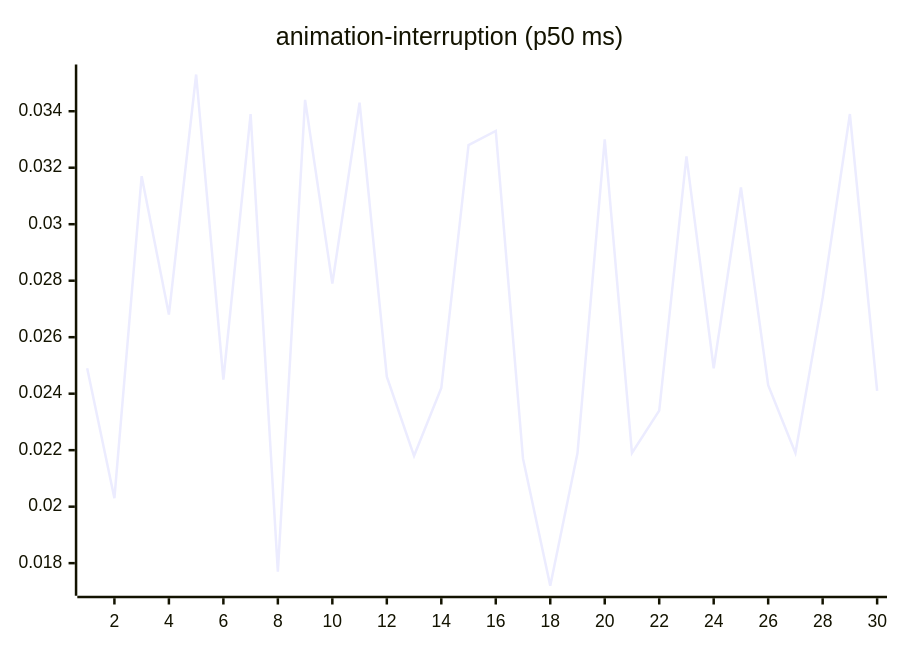
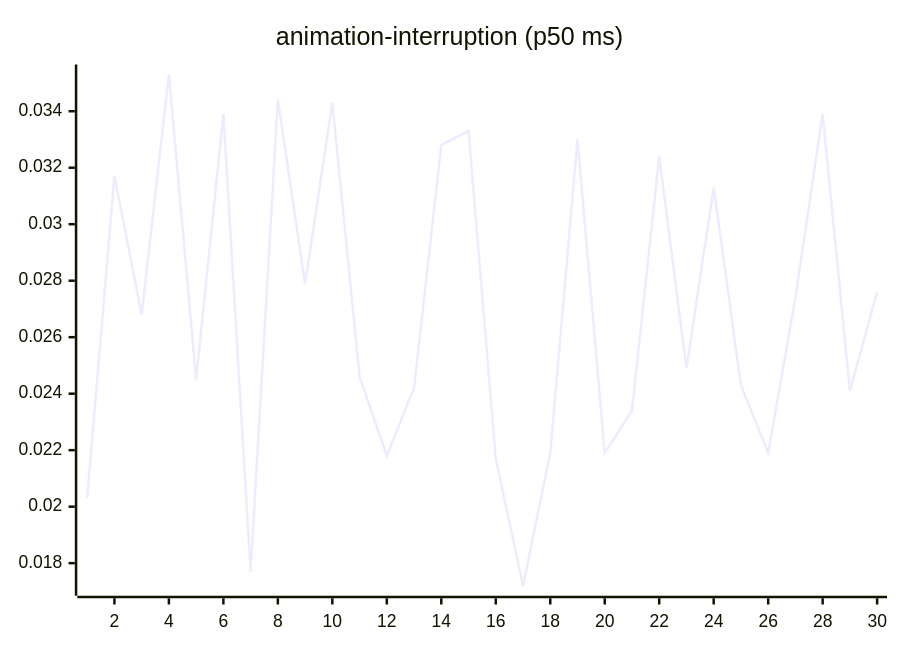
One commit to josha/Facet changed the third of 27 diagrams in README.md. Above: the diagram before and after it, drawn with Mermaid. The commit also changed other lines of this file and 2 other files, not shown here.

````diff
--- a/README.md
+++ b/README.md
@@ -77,6 +77,6 @@
 ```mermaid
 xychart-beta
     title "animation-interruption (p50 ms)"
     x-axis 1 --> 30
-    line [0.0249, 0.0203, 0.0317, 0.0268, 0.0353, 0.0245, 0.0339, 0.0177, 0.0344, 0.0279, 0.0343, 0.0246, 0.0218, 0.0242, 0.0328, 0.0333, 0.0217, 0.0172, 0.0219, 0.0330, 0.0219, 0.0234, 0.0324, 0.0249, 0.0313, 0.0243, 0.0219, 0.0274, 0.0339, 0.0241]
+    line [0.0203, 0.0317, 0.0268, 0.0353, 0.0245, 0.0339, 0.0177, 0.0344, 0.0279, 0.0343, 0.0246, 0.0218, 0.0242, 0.0328, 0.0333, 0.0217, 0.0172, 0.0219, 0.0330, 0.0219, 0.0234, 0.0324, 0.0249, 0.0313, 0.0243, 0.0219, 0.0274, 0.0339, 0.0241, 0.0276]
 ```
````
